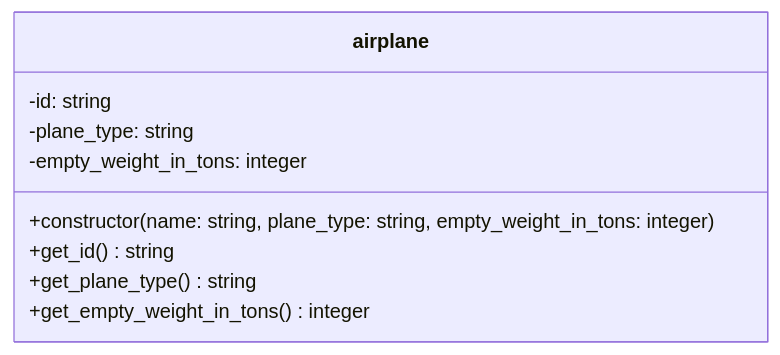
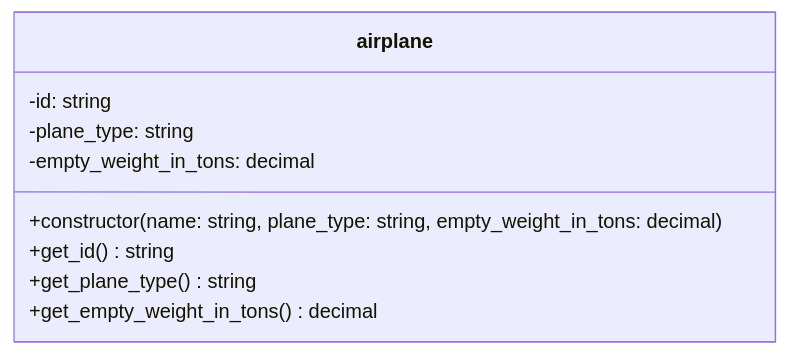
Before and after one commit to appenmaier/s4hana: the diagram in docs/exercises/abap-objects/abap-objects-03.md, drawn with Mermaid. The commit also changed 7 other files, not shown here.

````diff
--- a/docs/exercises/abap-objects/abap-objects-03.md
+++ b/docs/exercises/abap-objects/abap-objects-03.md
@@ -11,12 +11,12 @@
 ```mermaid
 classDiagram
    class airplane {
       -id: string
       -plane_type: string
-      -empty_weight_in_tons: integer
-      +constructor(name: string, plane_type: string, empty_weight_in_tons: integer)
+      -empty_weight_in_tons: decimal
+      +constructor(name: string, plane_type: string, empty_weight_in_tons: decimal)
       +get_id() string
       +get_plane_type() string
-      +get_empty_weight_in_tons() integer
+      +get_empty_weight_in_tons() decimal
    }
 ```
````
